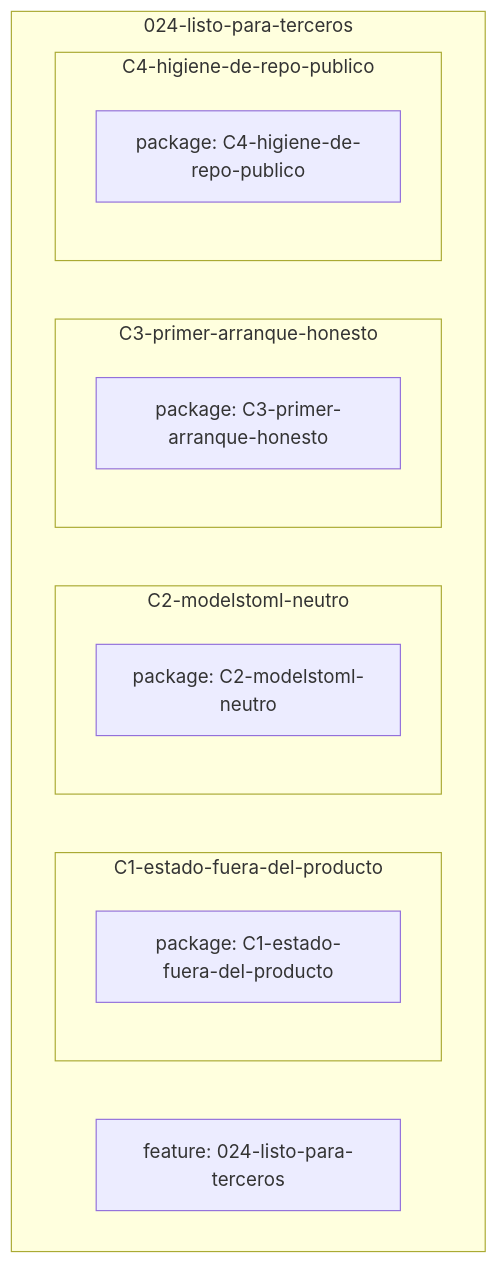
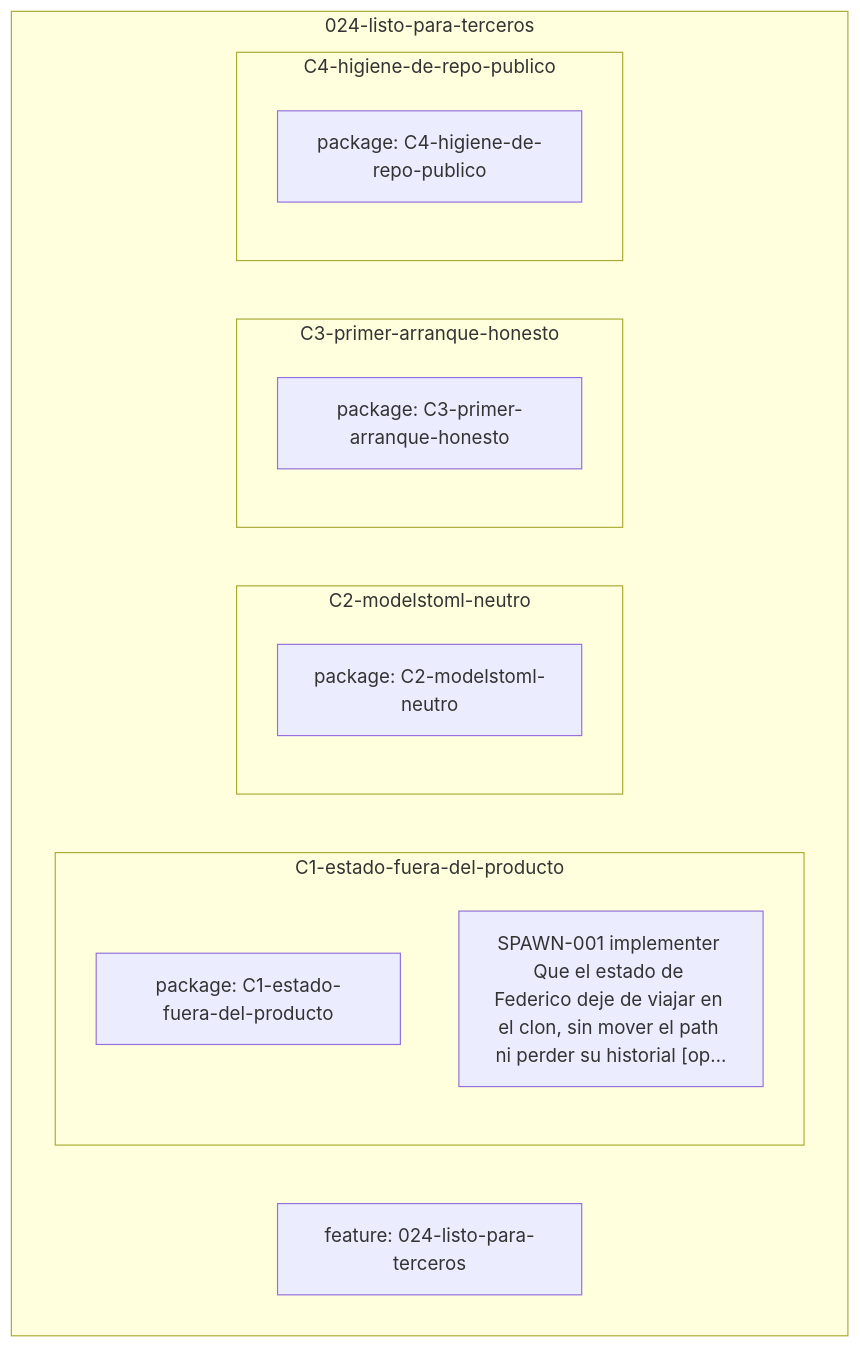
One commit to federico0330/set-agents changed the diagram in docs/notas/features/024-listo-para-terceros/grafo.md. Above: the diagram before and after it, drawn with Mermaid. The commit also changed 45 other files, not shown here.

````diff
--- a/docs/notas/features/024-listo-para-terceros/grafo.md
+++ b/docs/notas/features/024-listo-para-terceros/grafo.md
@@ -4,18 +4,19 @@
 ```mermaid
 flowchart TD
 subgraph sg_024_listo_para_terceros["024-listo-para-terceros"]
   feature_024_listo_para_terceros_1["feature: 024-listo-para-terceros"]
   subgraph sg_024_listo_para_terceros_c1_estado_fuera_del_producto["C1-estado-fuera-del-producto"]
     package_024_listo_para_terceros_c1_estado_fuera_del_producto_1["package: C1-estado-fuera-del-producto"]
+    spawn_024_listo_para_terceros_c1_estado_fuera_del_producto_1["SPAWN-001 implementer Que el estado de Federico deje de viajar en el clon, sin mover el path ni perder su historial #91;op…"]
   end
   subgraph sg_024_listo_para_terceros_c2_modelstoml_neutro["C2-modelstoml-neutro"]
     package_024_listo_para_terceros_c2_modelstoml_neutro_1["package: C2-modelstoml-neutro"]
   end
   subgraph sg_024_listo_para_terceros_c3_primer_arranque_honesto["C3-primer-arranque-honesto"]
     package_024_listo_para_terceros_c3_primer_arranque_honesto_1["package: C3-primer-arranque-honesto"]
   end
   subgraph sg_024_listo_para_terceros_c4_higiene_de_repo_publico["C4-higiene-de-repo-publico"]
     package_024_listo_para_terceros_c4_higiene_de_repo_publico_1["package: C4-higiene-de-repo-publico"]
   end
 end
 ```
````
